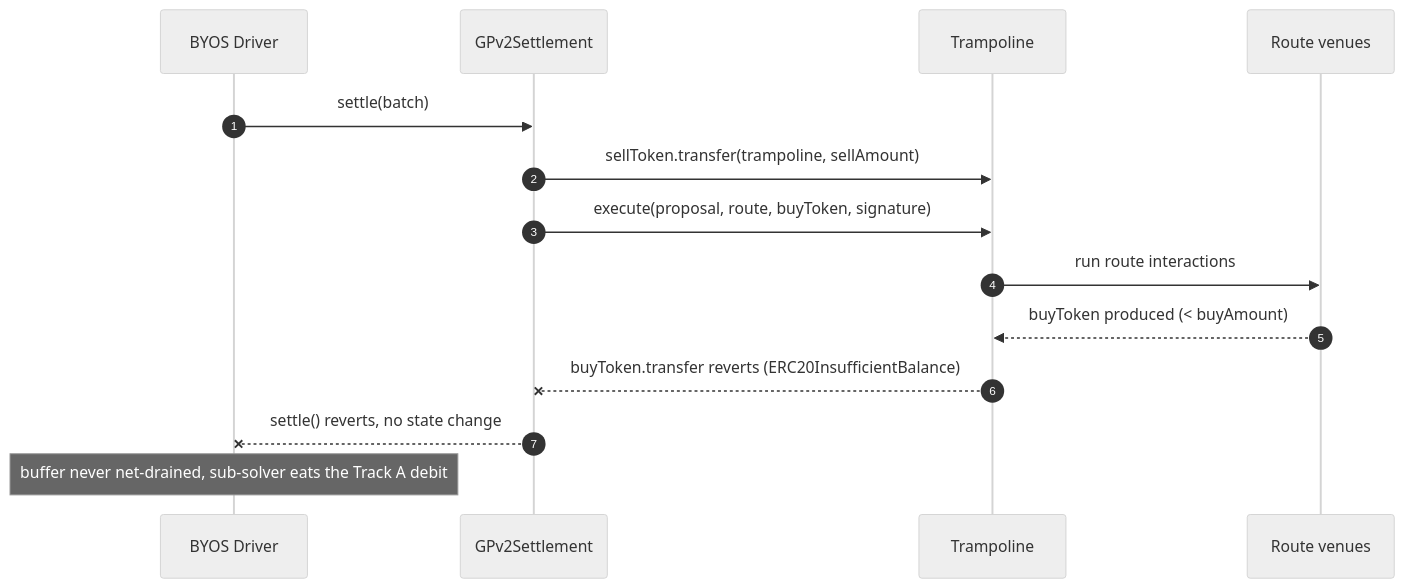
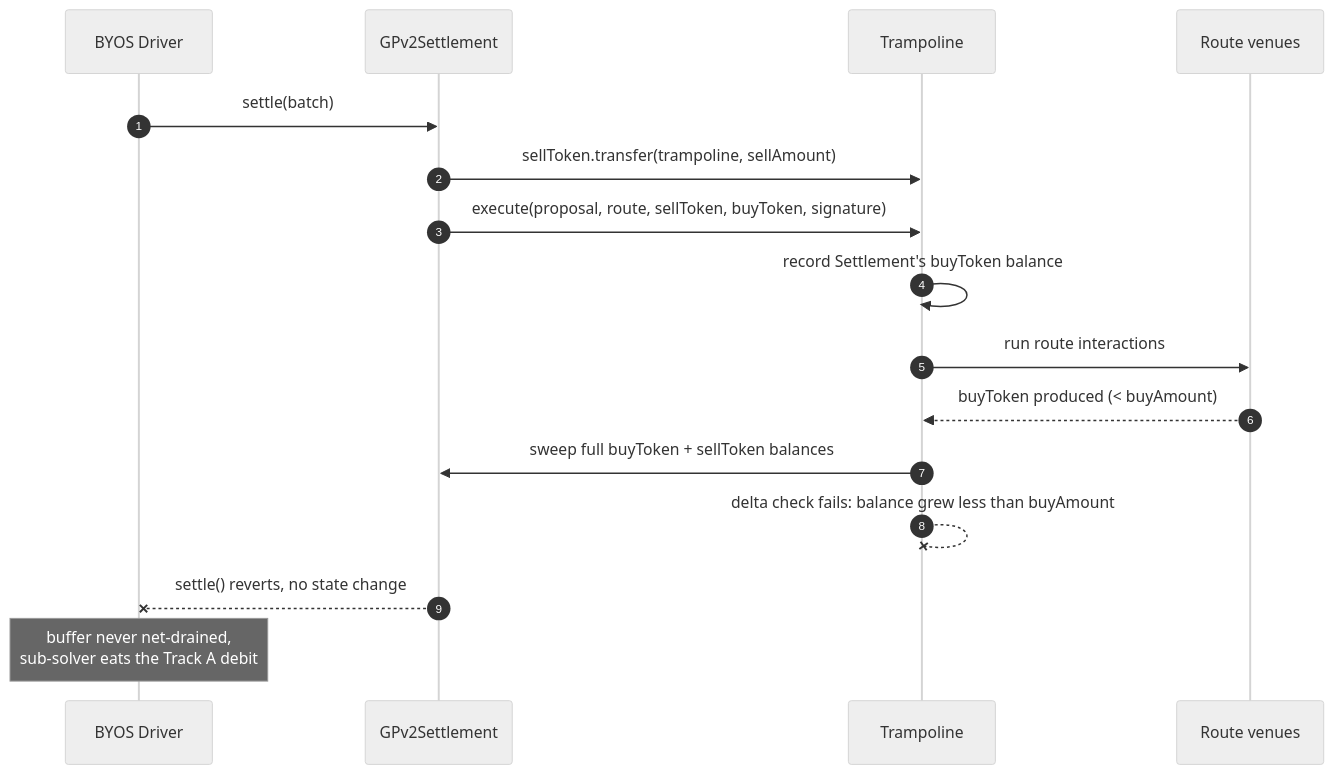
The second of 3 diagrams in docs/order-flow.md (bleu/byos-contracts), drawn with Mermaid (neutral theme) before and after one commit. The commit also changed other lines of this file and 17 other files, not shown here.

First line of the commit message:
feat: buyAmount floor, both-token sweep, and settlement custody of surplus (#27)

````diff
--- a/docs/order-flow.md
+++ b/docs/order-flow.md
@@ -60,17 +76,19 @@
 ```mermaid
 sequenceDiagram
     autonumber
     participant D as BYOS Driver
     participant S as GPv2Settlement
     participant T as Trampoline
     participant R as Route venues
 
     D->>S: settle(batch)
     S->>T: sellToken.transfer(trampoline, sellAmount)
-    S->>T: execute(proposal, route, buyToken, signature)
+    S->>T: execute(proposal, route, sellToken, buyToken, signature)
+    T->>T: record Settlement's buyToken balance
     T->>R: run route interactions
     R-->>T: buyToken produced (< buyAmount)
-    T--xS: buyToken.transfer reverts (ERC20InsufficientBalance)
+    T->>S: sweep full buyToken + sellToken balances
+    T--xT: delta check fails: balance grew less than buyAmount
     S--xD: settle() reverts, no state change
-    Note over D: buffer never net-drained, sub-solver eats the Track A debit
+    Note over D: buffer never net-drained,<br/>sub-solver eats the Track A debit
 ```
````
